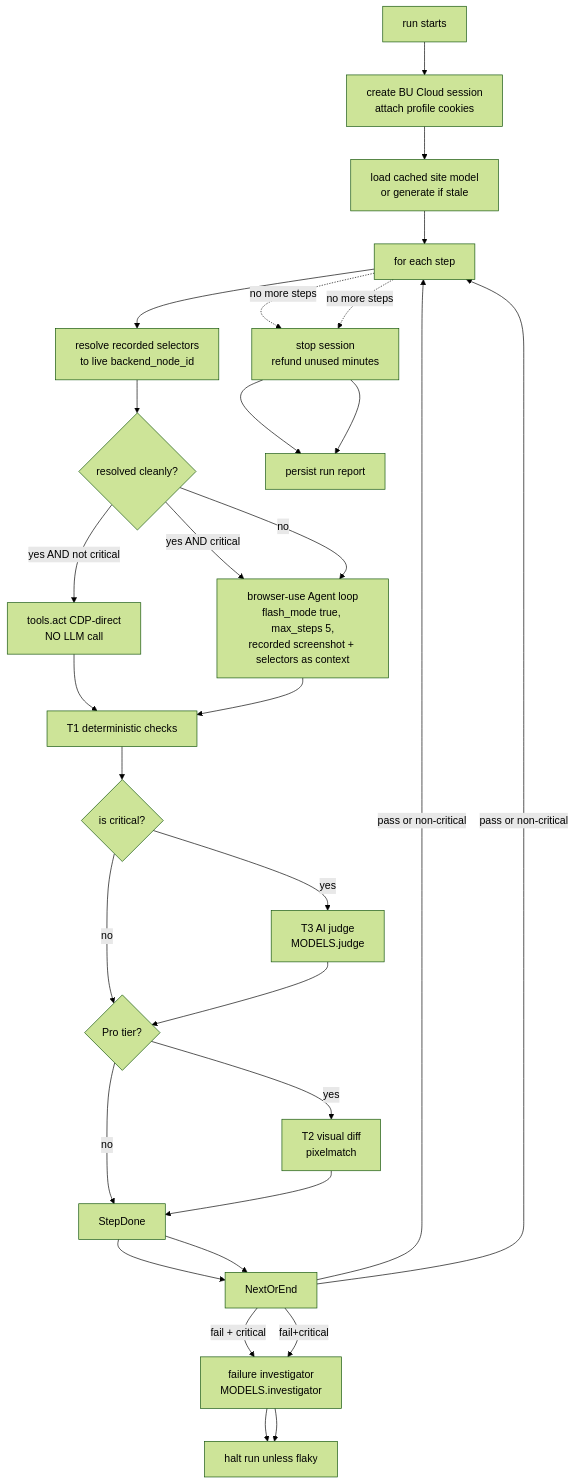
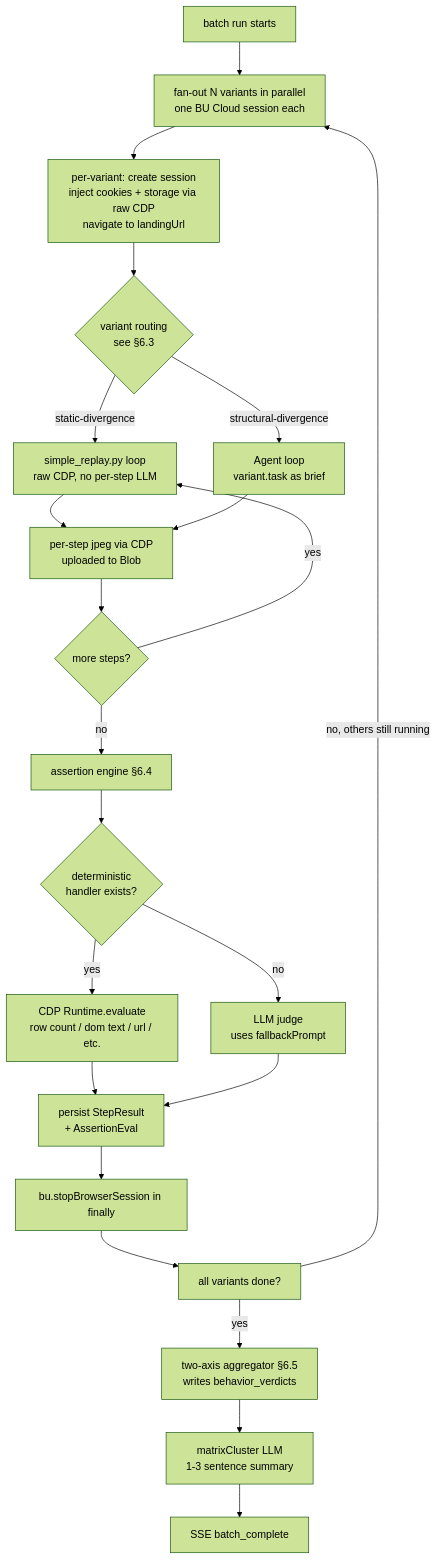
The second of 2 diagrams in docs/v3/LLD.md (RushikeshTammewar/flowlens), drawn with Mermaid (forest theme) before and after one commit. The commit also changed other lines of this file, not shown here.

````diff
--- a/docs/v3/LLD.md
+++ b/docs/v3/LLD.md
@@ -849,33 +1476,24 @@
 ```mermaid
 flowchart TB
-    Start[run starts] --> Setup[create BU Cloud session<br/>attach profile cookies]
-    Setup --> Site[load cached site model<br/>or generate if stale]
-    Site --> StepLoop[for each step]
-    StepLoop --> Resolve[resolve recorded selectors<br/>to live backend_node_id]
-    Resolve --> Got{resolved cleanly?}
-    Got -->|yes AND not critical| Direct[tools.act CDP-direct<br/>NO LLM call]
-    Got -->|yes AND critical| Agent[browser-use Agent loop<br/>flash_mode true, max_steps 5,<br/>recorded screenshot + selectors as context]
-    Got -->|no| Agent
-    Direct --> T1[T1 deterministic checks]
-    Agent --> T1
-    T1 --> T3Q{is critical?}
-    T3Q -->|yes| Judge[T3 AI judge<br/>MODELS.judge]
-    T3Q -->|no| ProGate
-    Judge --> ProGate
-    ProGate{Pro tier?}
-    ProGate -->|yes| T2[T2 visual diff<br/>pixelmatch]
-    ProGate -->|no| StepDone
-    T2 --> StepDone
-    StepDone --> NextOrEnd
-    NextOrEnd -->|fail + critical| Investigate[failure investigator<br/>MODELS.investigator]
-    Investigate --> Halt[halt run]
-    NextOrEnd -->|pass or non-critical| StepLoop
-    StepLoop -.no more steps.-> Stop[stop session<br/>refund unused minutes]
-    Stop --> Persist[persist run report]
-    StepDone --> NextOrEnd
-    NextOrEnd -->|fail+critical| Investigate[failure investigator<br/>MODELS.investigator]
-    Investigate --> Halt[halt run unless flaky]
-    NextOrEnd -->|pass or non-critical| StepLoop
-    StepLoop -.no more steps.-> Stop[stop session<br/>refund unused minutes]
-    Stop --> Persist[persist run report]
+    Start[batch run starts] --> ParBatch[fan-out N variants in parallel<br/>one BU Cloud session each]
+    ParBatch --> Setup[per-variant: create session<br/>inject cookies + storage via raw CDP<br/>navigate to landingUrl]
+    Setup --> Dispatch{variant routing<br/>see §6.3}
+    Dispatch -->|static-divergence| Static[simple_replay.py loop<br/>raw CDP, no per-step LLM]
+    Dispatch -->|structural-divergence| Agent[Agent loop<br/>variant.task as brief]
+    Static --> Capture[per-step jpeg via CDP<br/>uploaded to Blob]
+    Agent --> Capture
+    Capture --> Step{more steps?}
+    Step -->|yes| Static
+    Step -->|no| Assert[assertion engine §6.4]
+    Assert --> AssertKind{deterministic<br/>handler exists?}
+    AssertKind -->|yes| CDPCheck[CDP Runtime.evaluate<br/>row count / dom text / url / etc.]
+    AssertKind -->|no| LLMJudge[LLM judge<br/>uses fallbackPrompt]
+    CDPCheck --> Persist[persist StepResult<br/>+ AssertionEval]
+    LLMJudge --> Persist
+    Persist --> Stop[bu.stopBrowserSession in finally]
+    Stop --> Done[all variants done?]
+    Done -->|no, others still running| ParBatch
+    Done -->|yes| Aggregate[two-axis aggregator §6.5<br/>writes behavior_verdicts]
+    Aggregate --> Cluster[matrixCluster LLM<br/>1-3 sentence summary]
+    Cluster --> SSE[SSE batch_complete]
 ```
````
